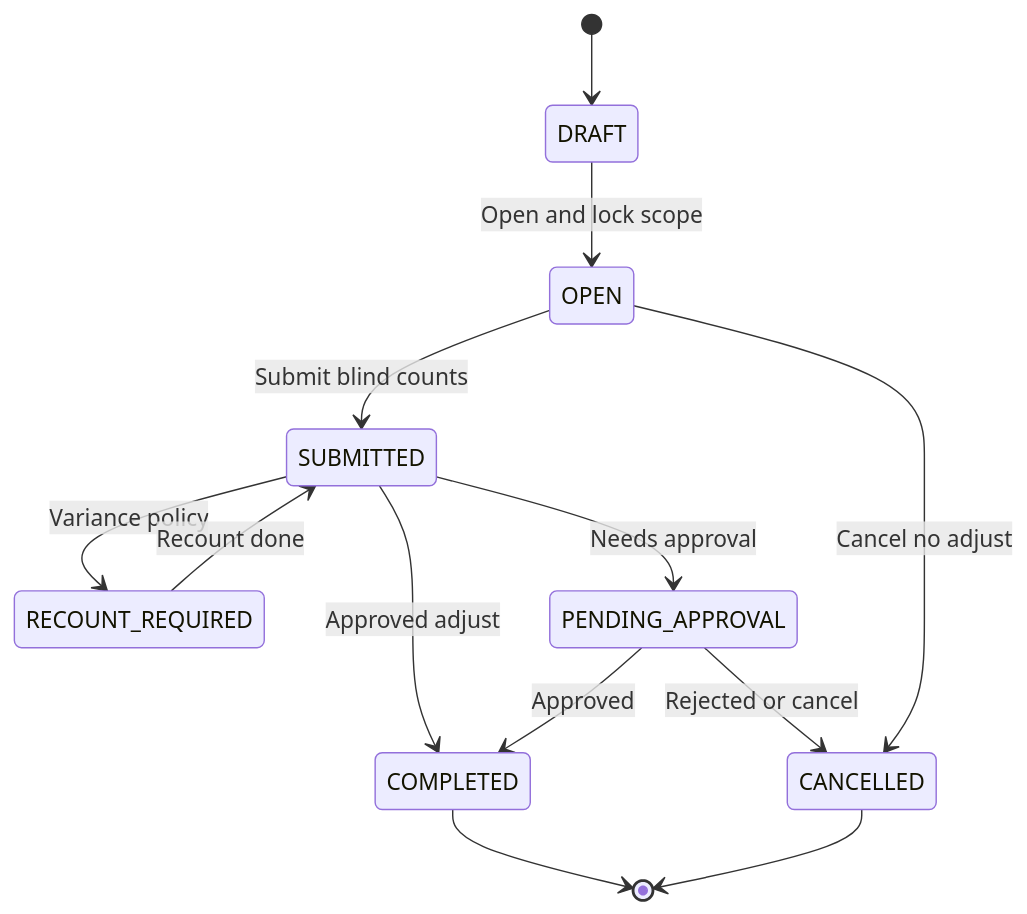
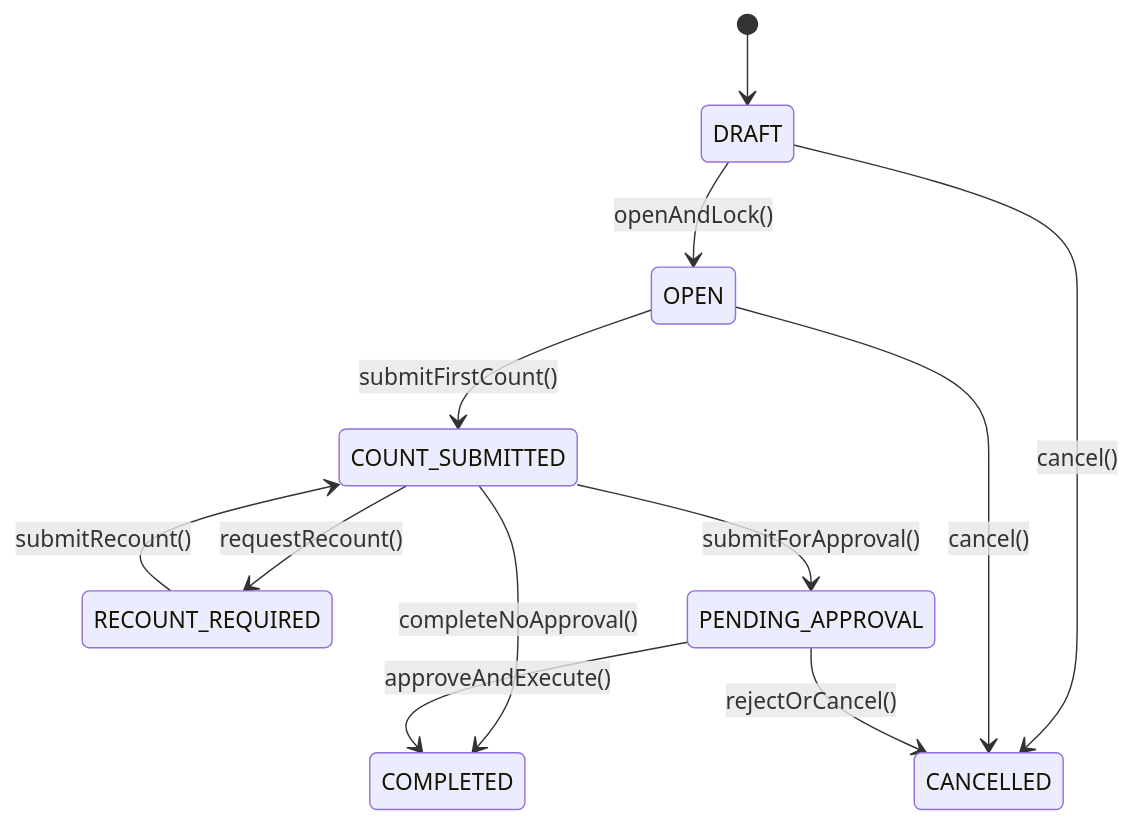
The third of 4 diagrams in specs/themes/theme-07/02.specification/domain/domain-foundation/DOM-IC.md (DsChien102/erp-sales-inventory), drawn with Mermaid before and after one commit. The commit also changed other lines of this file and 4136 other files, not shown here.

````diff
--- a/specs/themes/theme-07/02.specification/domain/domain-foundation/DOM-IC.md
+++ b/specs/themes/theme-07/02.specification/domain/domain-foundation/DOM-IC.md
@@ -151,15 +100,14 @@
 ```mermaid
 stateDiagram-v2
     [*] --> DRAFT
-    DRAFT --> OPEN: Open and lock scope
-    OPEN --> SUBMITTED: Submit blind counts
-    SUBMITTED --> RECOUNT_REQUIRED: Variance policy
-    RECOUNT_REQUIRED --> SUBMITTED: Recount done
-    SUBMITTED --> PENDING_APPROVAL: Needs approval
-    SUBMITTED --> COMPLETED: Approved adjust
-    PENDING_APPROVAL --> COMPLETED: Approved
-    PENDING_APPROVAL --> CANCELLED: Rejected or cancel
-    OPEN --> CANCELLED: Cancel no adjust
-    COMPLETED --> [*]
-    CANCELLED --> [*]
+    DRAFT --> OPEN: openAndLock()
+    OPEN --> COUNT_SUBMITTED: submitFirstCount()
+    COUNT_SUBMITTED --> RECOUNT_REQUIRED: requestRecount()
+    RECOUNT_REQUIRED --> COUNT_SUBMITTED: submitRecount()
+    COUNT_SUBMITTED --> PENDING_APPROVAL: submitForApproval()
+    COUNT_SUBMITTED --> COMPLETED: completeNoApproval()
+    PENDING_APPROVAL --> COMPLETED: approveAndExecute()
+    DRAFT --> CANCELLED: cancel()
+    OPEN --> CANCELLED: cancel()
+    PENDING_APPROVAL --> CANCELLED: rejectOrCancel()
 ```
````
